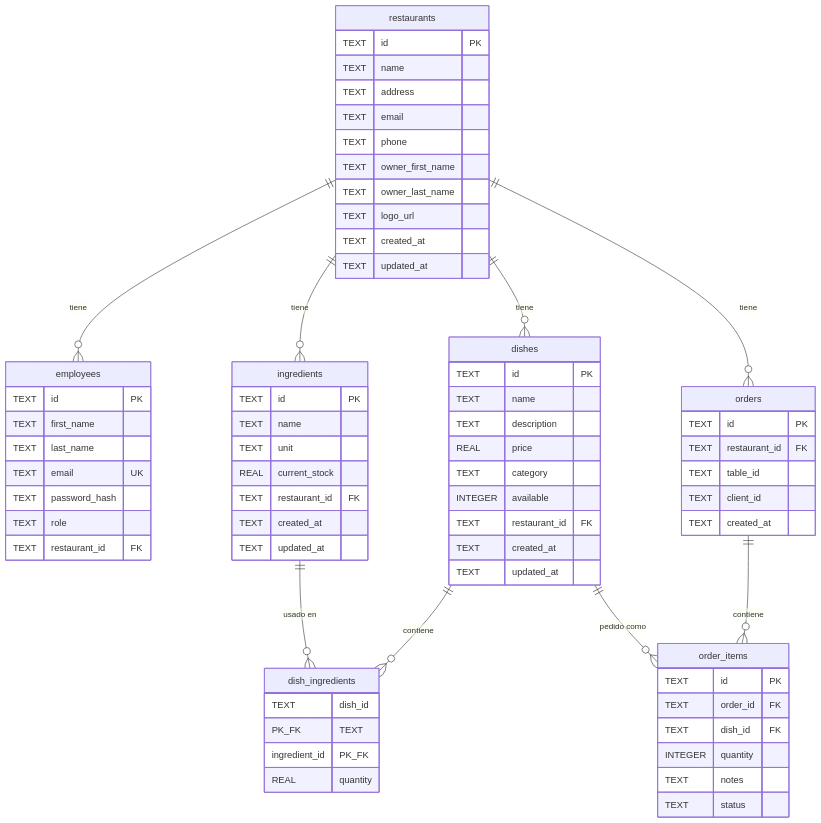
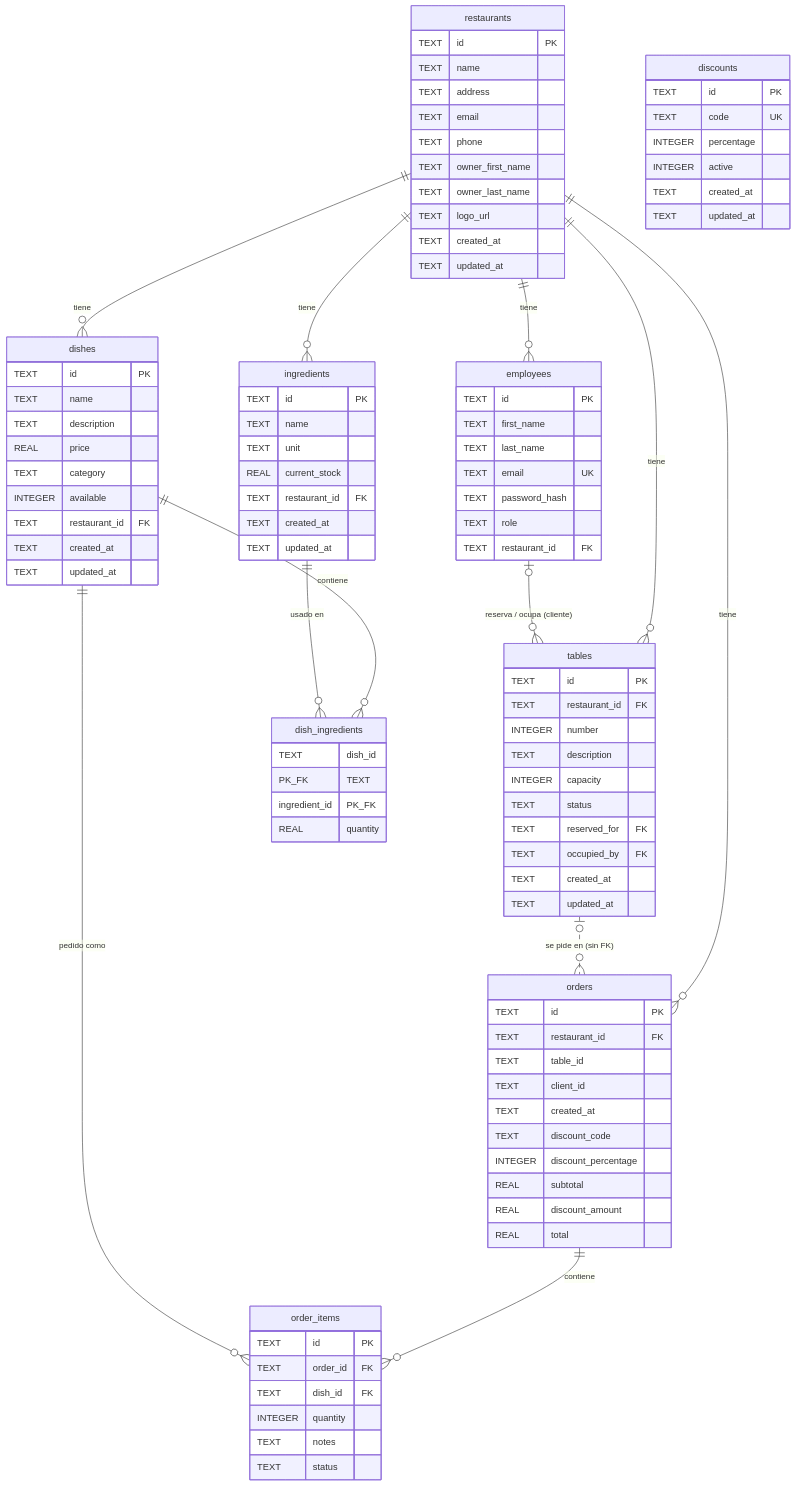
Before and after one commit to angelisco1/curso-claude-at-3: the diagram in docs/dominio/modelo-datos.md, drawn with Mermaid. The commit also changed other lines of this file and 96 other files, not shown here.

```diff
--- a/docs/dominio/modelo-datos.md
+++ b/docs/dominio/modelo-datos.md
@@ -12,6 +12,9 @@
     restaurants ||--o{ ingredients : "tiene"
     restaurants ||--o{ dishes : "tiene"
     restaurants ||--o{ orders : "tiene"
+    restaurants ||--o{ tables : "tiene"
+    tables |o..o{ orders : "se pide en (sin FK)"
+    employees |o--o{ tables : "reserva / ocupa (cliente)"
     dishes ||--o{ dish_ingredients : "contiene"
     ingredients ||--o{ dish_ingredients : "usado en"
     orders ||--o{ order_items : "contiene"
@@ -74,6 +77,33 @@
         TEXT table_id
         TEXT client_id
         TEXT created_at
+        TEXT discount_code
+        INTEGER discount_percentage
+        REAL subtotal
+        REAL discount_amount
+        REAL total
+    }
+
+    discounts {
+        TEXT id PK
+        TEXT code UK
+        INTEGER percentage
+        INTEGER active
+        TEXT created_at
+        TEXT updated_at
+    }
+
+    tables {
+        TEXT id PK
+        TEXT restaurant_id FK
+        INTEGER number
+        TEXT description
+        INTEGER capacity
+        TEXT status
+        TEXT reserved_for FK
+        TEXT occupied_by FK
+        TEXT created_at
+        TEXT updated_at
     }
 
     order_items {
```
